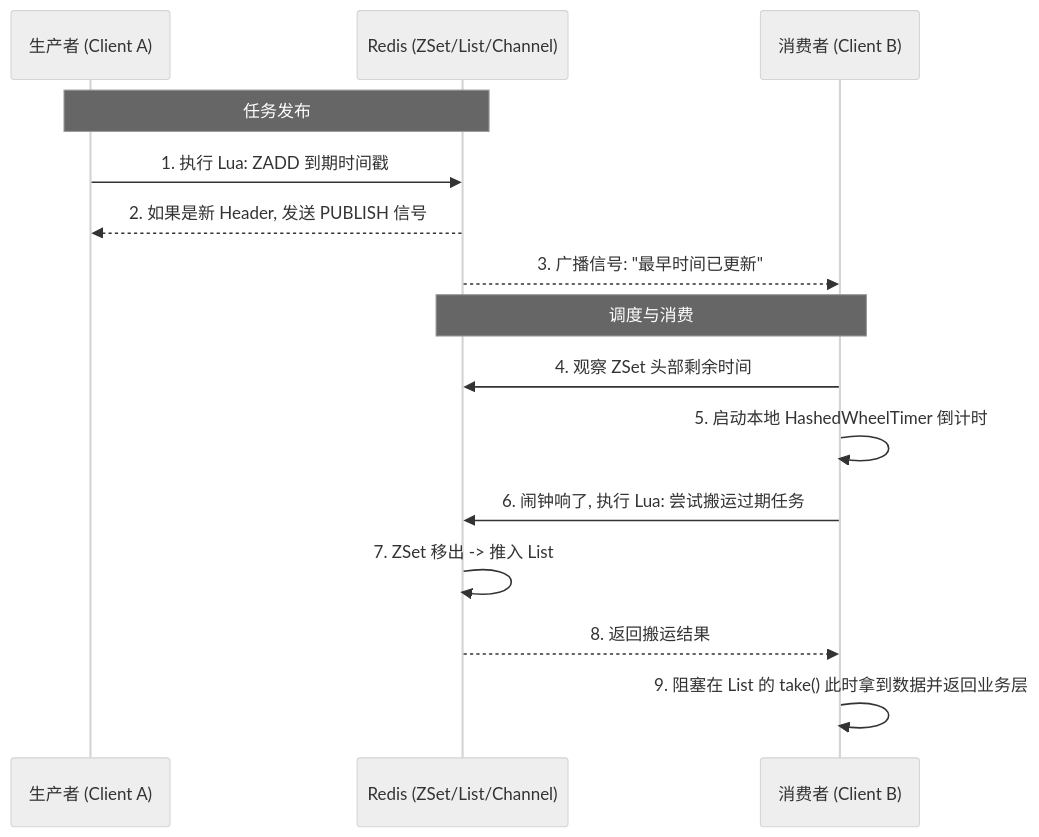
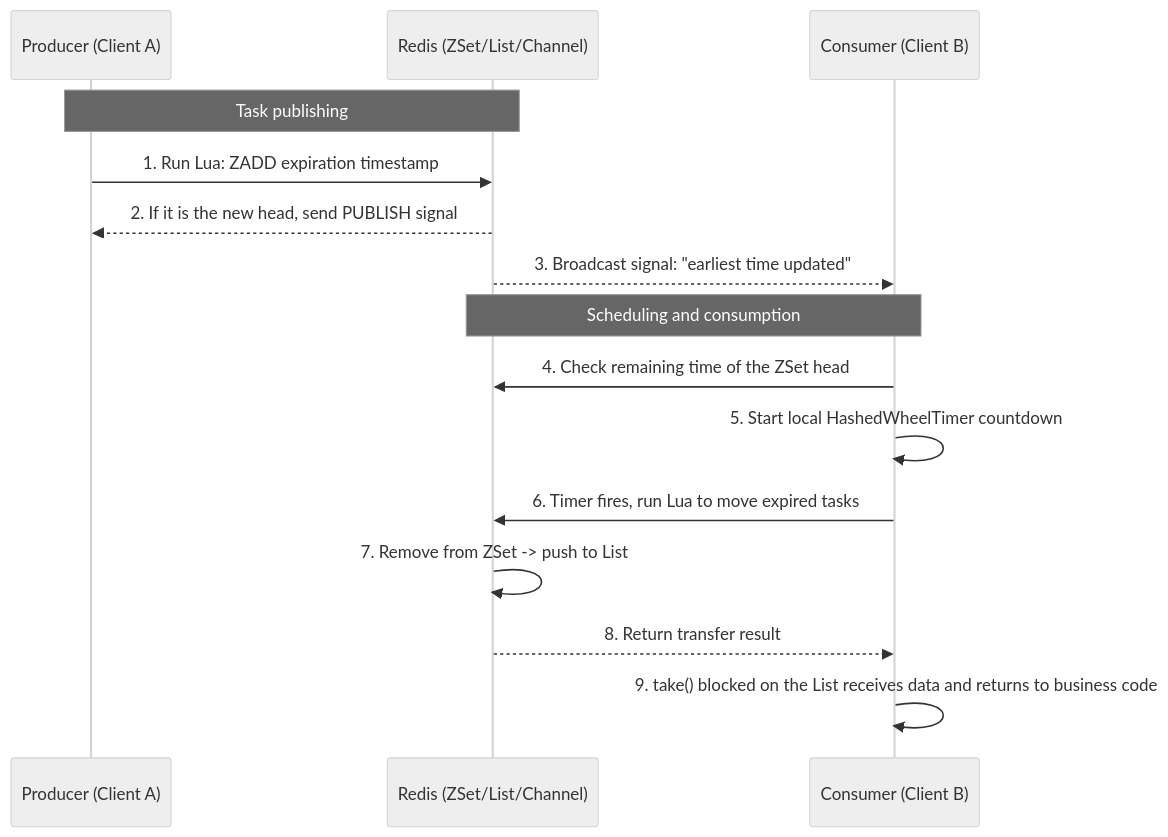
The diagram in src/posts/tech/redisson.md (Rainbow-CC/MyBlog), drawn with Mermaid (neutral theme) before and after one commit. The commit also changed other lines of this file and 5 other files, not shown here.

````diff
--- a/src/posts/tech/redisson.md
+++ b/src/posts/tech/redisson.md
@@ -54,20 +54,20 @@
 ```mermaid
 sequenceDiagram
-    participant P as 生产者 (Client A)
+    participant P as Producer (Client A)
     participant R as Redis (ZSet/List/Channel)
-    participant C as 消费者 (Client B)
+    participant C as Consumer (Client B)
 
-    Note over P, R: 任务发布
-    P->>R: 1. 执行 Lua: ZADD 到期时间戳
-    R-->>P: 2. 如果是新 Header, 发送 PUBLISH 信号
-    R-->>C: 3. 广播信号: "最早时间已更新"
+    Note over P, R: Task publishing
+    P->>R: 1. Run Lua: ZADD expiration timestamp
+    R-->>P: 2. If it is the new head, send PUBLISH signal
+    R-->>C: 3. Broadcast signal: "earliest time updated"
 
-    Note over C, R: 调度与消费
-    C->>R: 4. 观察 ZSet 头部剩余时间
-    C->>C: 5. 启动本地 HashedWheelTimer 倒计时
-    C->>R: 6. 闹钟响了, 执行 Lua: 尝试搬运过期任务
-    R->>R: 7. ZSet 移出 -> 推入 List
-    R-->>C: 8. 返回搬运结果
-    C->>C: 9. 阻塞在 List 的 take() 此时拿到数据并返回业务层
+    Note over C, R: Scheduling and consumption
+    C->>R: 4. Check remaining time of the ZSet head
+    C->>C: 5. Start local HashedWheelTimer countdown
+    C->>R: 6. Timer fires, run Lua to move expired tasks
+    R->>R: 7. Remove from ZSet -> push to List
+    R-->>C: 8. Return transfer result
+    C->>C: 9. take() blocked on the List receives data and returns to business code
 
 ```
````
